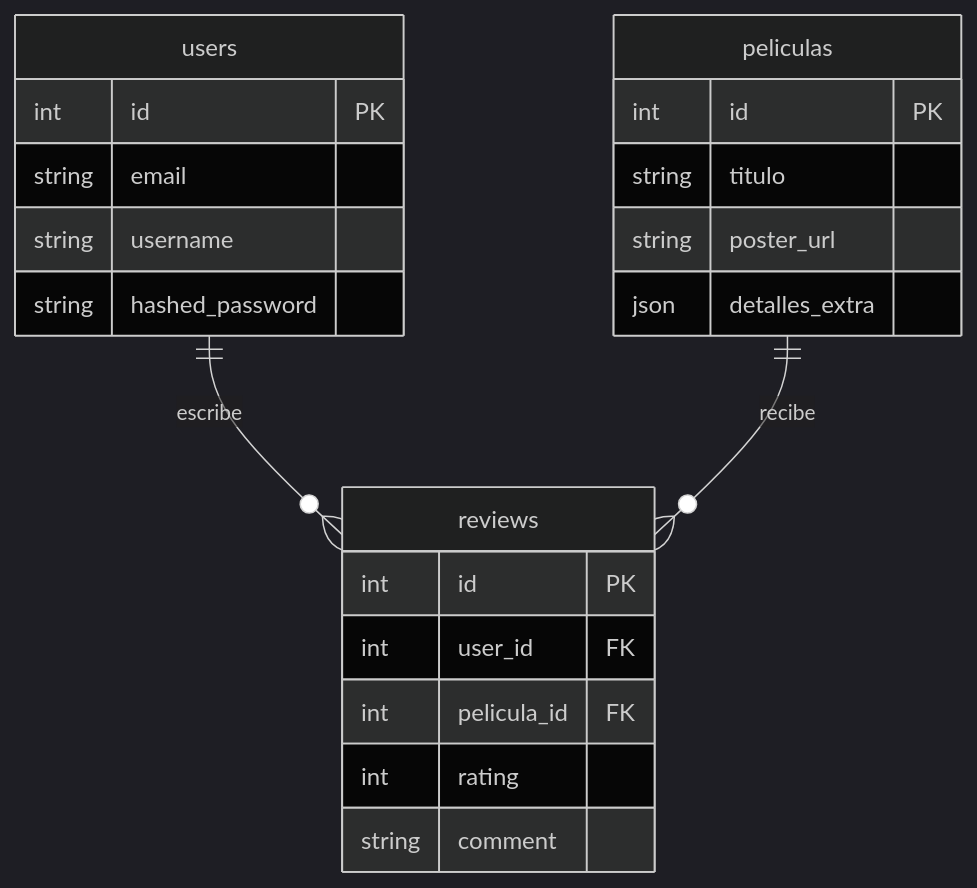
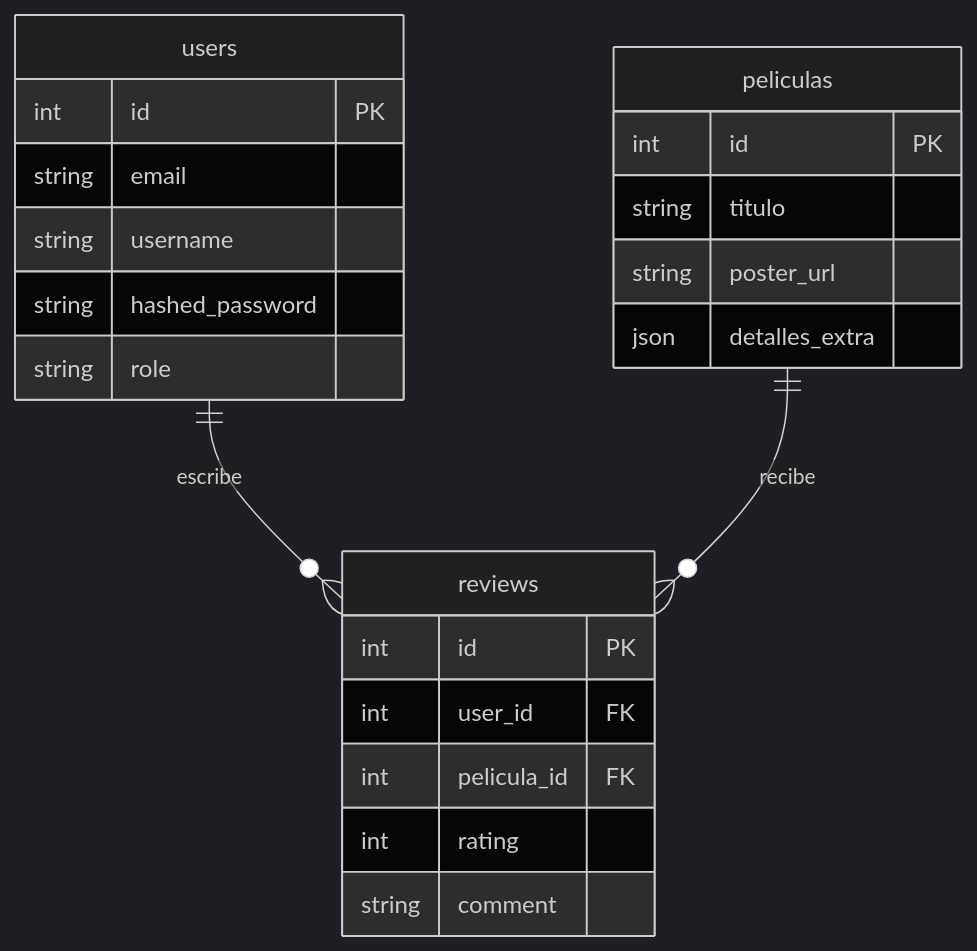
Before and after one commit to JavierPizarroFleming6517/Movie-Forum: the second of 3 diagrams in docs/presentacion.md, drawn with Mermaid (dark theme). The commit also changed other lines of this file and 19 other files, not shown here.

````diff
--- a/docs/presentacion.md
+++ b/docs/presentacion.md
@@ -41,24 +41,25 @@
 ```mermaid
 erDiagram
   users ||--o{ reviews : escribe
   peliculas ||--o{ reviews : recibe
   users {
     int id PK
     string email
     string username
     string hashed_password
+    string role
   }
   peliculas {
     int id PK
     string titulo
     string poster_url
     json detalles_extra
   }
   reviews {
     int id PK
     int user_id FK
     int pelicula_id FK
     int rating
     string comment
   }
 ```
````
